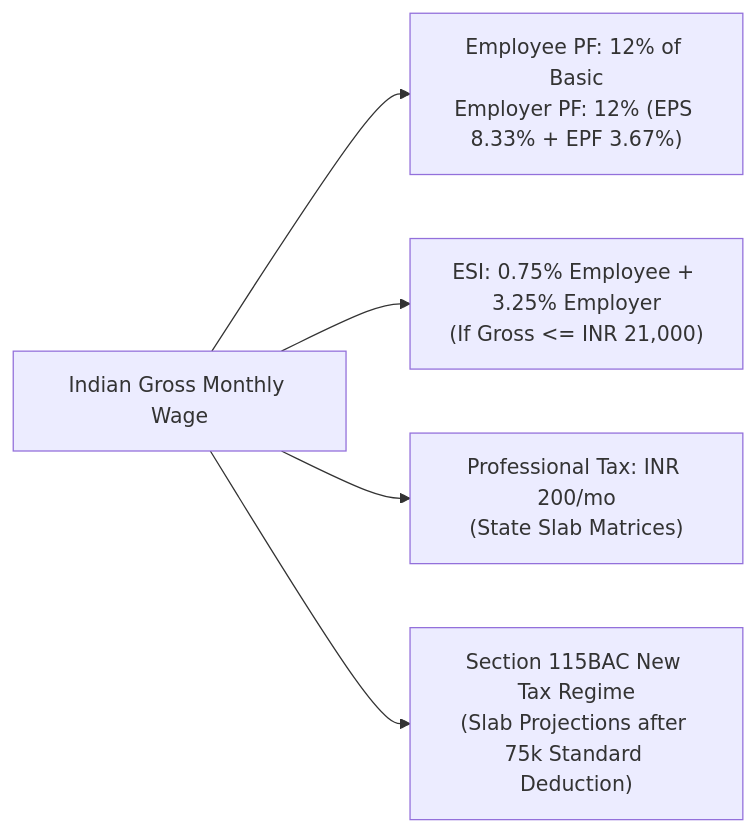
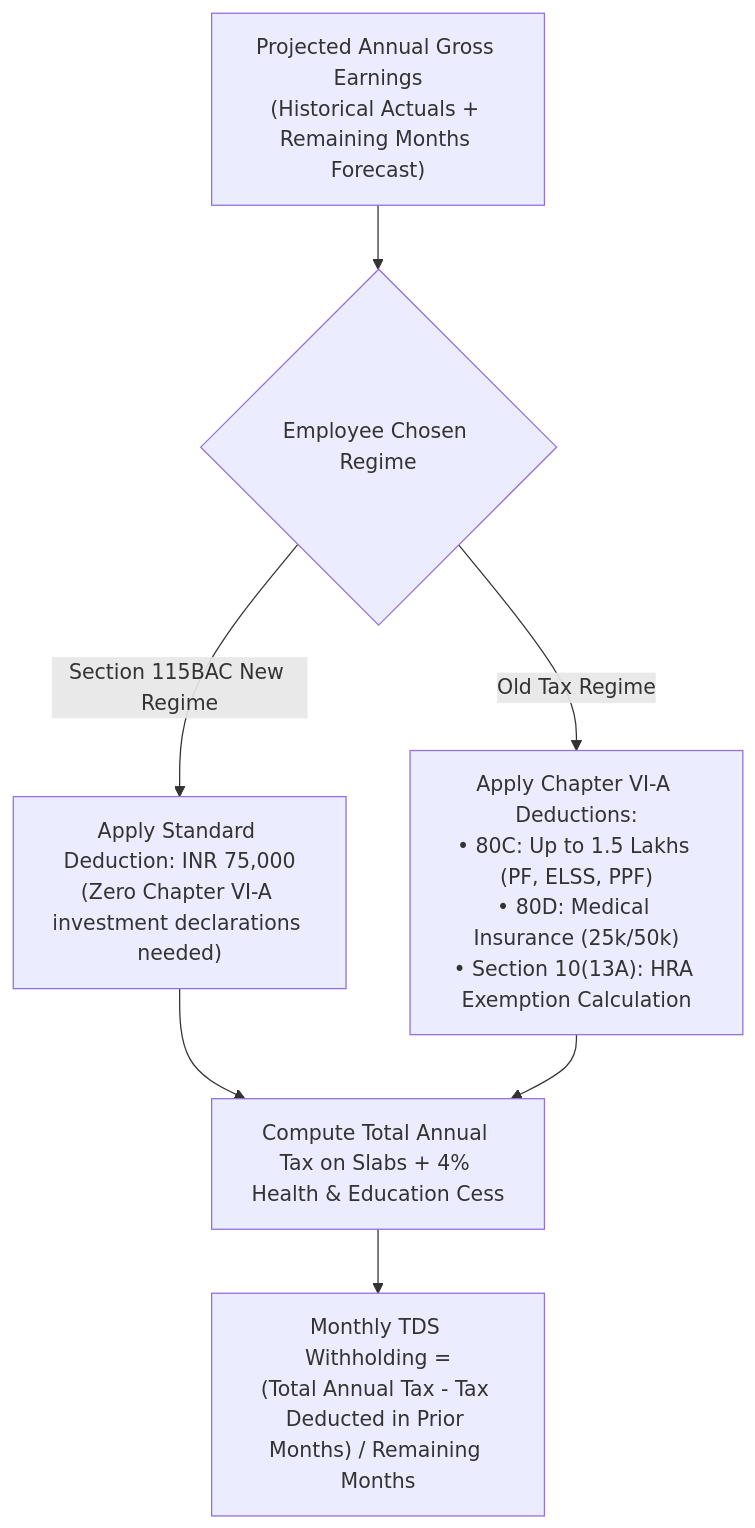
One commit to innostes-dev/erp changed the third of 4 diagrams in research/final_modules/hrms/04_payroll_engine_and_statutory_rules.md. Above: the diagram before and after it, drawn with Mermaid. The commit also changed other lines of this file and 2 other files, not shown here.

Commit message:
feat(payroll): formulate comprehensive payroll setup cockpit, LOP math engine, and modular statutory architecture

````diff
--- a/research/final_modules/hrms/04_payroll_engine_and_statutory_rules.md
+++ b/research/final_modules/hrms/04_payroll_engine_and_statutory_rules.md
@@ -92,13 +187,13 @@
 ```mermaid
-flowchart LR
-    EmpGross["Indian Gross Monthly Wage"]
-    EPF["Employee PF: 12% of Basic<br/>Employer PF: 12% (EPS 8.33% + EPF 3.67%)"]
-    ESI["ESI: 0.75% Employee + 3.25% Employer<br/>(If Gross <= INR 21,000)"]
-    PT["Professional Tax: INR 200/mo<br/>(State Slab Matrices)"]
-    TDS115["Section 115BAC New Tax Regime<br/>(Slab Projections after 75k Standard Deduction)"]
+flowchart TD
+    GrossYear["Projected Annual Gross Earnings<br/>(Historical Actuals + Remaining Months Forecast)"] --> RegimeCheck{"Employee Chosen Regime"}
     
-    EmpGross --> EPF
-    EmpGross --> ESI
-    EmpGross --> PT
-    EmpGross --> TDS115
+    RegimeCheck -->|Section 115BAC New Regime| NewRegime["Apply Standard Deduction: INR 75,000<br/>(Zero Chapter VI-A investment declarations needed)"]
+    
+    RegimeCheck -->|Old Tax Regime| OldRegime["Apply Chapter VI-A Deductions:<br/>• 80C: Up to 1.5 Lakhs (PF, ELSS, PPF)<br/>• 80D: Medical Insurance (25k/50k)<br/>• Section 10(13A): HRA Exemption Calculation"]
+    
+    NewRegime --> SlabCompute["Compute Total Annual Tax on Slabs + 4% Health & Education Cess"]
+    OldRegime --> SlabCompute
+    
+    SlabCompute --> MonthlyTDS["Monthly TDS Withholding =<br/>(Total Annual Tax - Tax Deducted in Prior Months) / Remaining Months"]
 ```
````
